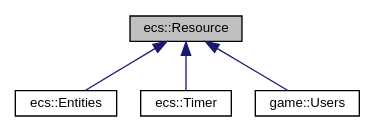
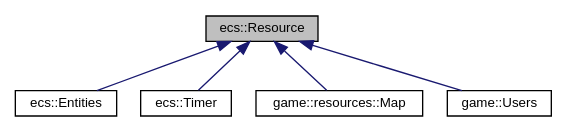
One commit to MisterPeModder/Bomberman-Global-Offensive changed the diagram in classecs_1_1_resource__inherit__graph.dot. Above: the diagram before and after it, drawn with Graphviz. The commit also changed 463 other files, not shown here.

```diff
--- a/classecs_1_1_resource__inherit__graph.dot
+++ b/classecs_1_1_resource__inherit__graph.dot
@@ -1,13 +1,15 @@
 digraph "ecs::Resource"
 {
  // LATEX_PDF_SIZE
   edge [fontname="Helvetica",fontsize="10",labelfontname="Helvetica",labelfontsize="10"];
   node [fontname="Helvetica",fontsize="10",shape=record];
   Node1 [label="ecs::Resource",height=0.2,width=0.4,color="black", fillcolor="grey75", style="filled", fontcolor="black",tooltip=" "];
   Node1 -> Node2 [dir="back",color="midnightblue",fontsize="10",style="solid",fontname="Helvetica"];
   Node2 [label="ecs::Entities",height=0.2,width=0.4,color="black", fillcolor="white", style="filled",URL="$classecs_1_1_entities.html",tooltip="The entities world resource."];
   Node1 -> Node3 [dir="back",color="midnightblue",fontsize="10",style="solid",fontname="Helvetica"];
   Node3 [label="ecs::Timer",height=0.2,width=0.4,color="black", fillcolor="white", style="filled",URL="$classecs_1_1_timer.html",tooltip="Simple timer resource."];
   Node1 -> Node4 [dir="back",color="midnightblue",fontsize="10",style="solid",fontname="Helvetica"];
-  Node4 [label="game::Users",height=0.2,width=0.4,color="black", fillcolor="white", style="filled",URL="$classgame_1_1_users.html",tooltip="Resource allowing to get users actions using the keybinds."];
+  Node4 [label="game::resources::Map",height=0.2,width=0.4,color="black", fillcolor="white", style="filled",URL="$structgame_1_1resources_1_1_map.html",tooltip="Game map resource."];
+  Node1 -> Node5 [dir="back",color="midnightblue",fontsize="10",style="solid",fontname="Helvetica"];
+  Node5 [label="game::Users",height=0.2,width=0.4,color="black", fillcolor="white", style="filled",URL="$classgame_1_1_users.html",tooltip="Resource allowing to get users actions using the keybinds."];
 }
```
